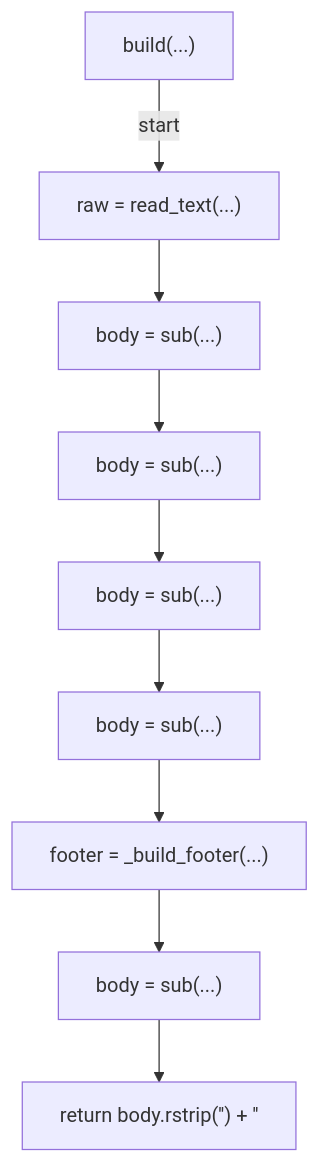
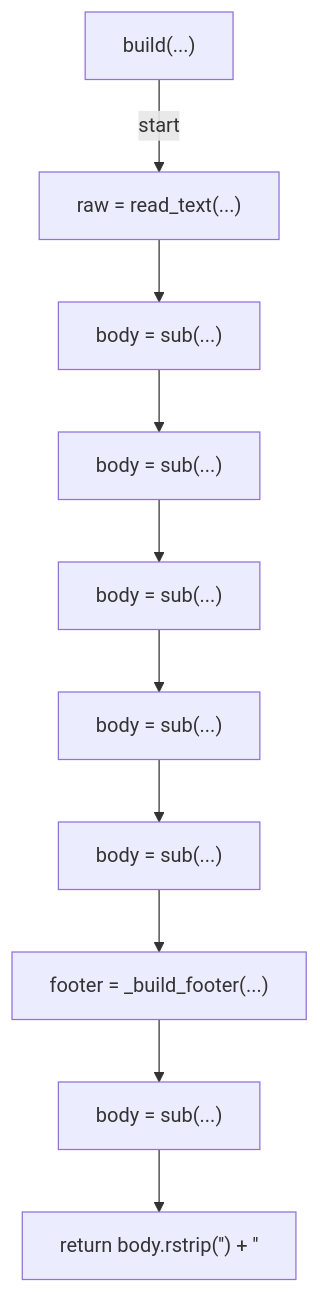
One commit to tvna/claude-md changed the second of 3 diagrams in docs/generated/scripts/ast/pr_body_builder.md. Above: the diagram before and after it, drawn with Mermaid. The commit also changed 2 other files, not shown here.

Commit message:
docs(generated): regenerate decision tree and workflow diagrams
Refs #960

````diff
--- a/docs/generated/scripts/ast/pr_body_builder.md
+++ b/docs/generated/scripts/ast/pr_body_builder.md
@@ -24,20 +24,22 @@
 ```mermaid
 flowchart TD
     N001["build(...)"]
     N002["raw = read_text(...)"]
     N003["body = sub(...)"]
     N004["body = sub(...)"]
     N005["body = sub(...)"]
     N006["body = sub(...)"]
-    N007["footer = _build_footer(...)"]
-    N008["body = sub(...)"]
-    N009["return body.rstrip('<str>') + '<str>'"]
+    N007["body = sub(...)"]
+    N008["footer = _build_footer(...)"]
+    N009["body = sub(...)"]
+    N010["return body.rstrip('<str>') + '<str>'"]
     N001 -->|"start"| N002
     N002 --> N003
     N003 --> N004
     N004 --> N005
     N005 --> N006
     N006 --> N007
     N007 --> N008
     N008 --> N009
+    N009 --> N010
 ```
````
